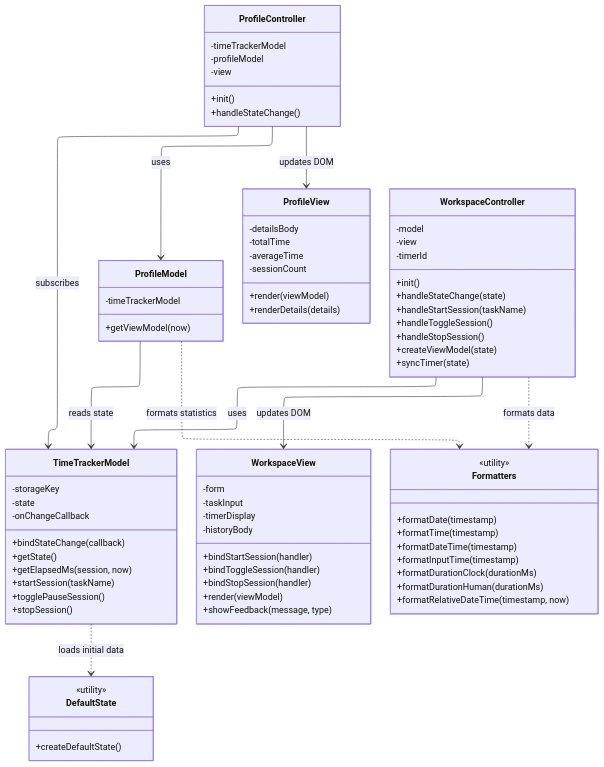
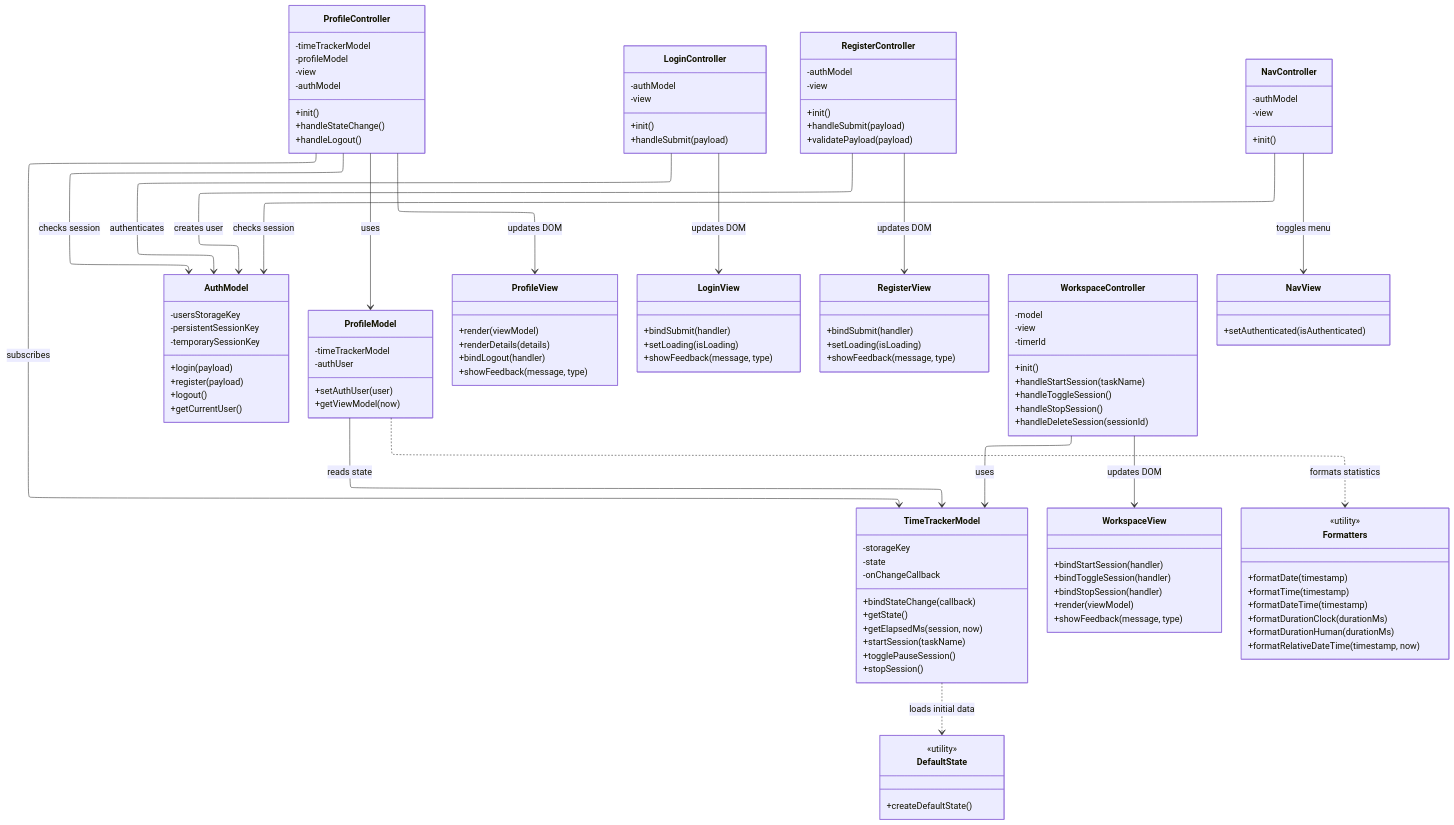
Before and after one commit to PR0TX/Web-design: the second of 2 diagrams in README.md, drawn with Mermaid. The commit also changed other lines of this file and 20 other files, not shown here.

Commit message:
Add client-side auth, login/register, nav

````diff
--- a/README.md
+++ b/README.md
@@ -88,8 +94,6 @@
 config:
   layout: elk
 ---
-
-
 classDiagram
     class TimeTrackerModel {
         -storageKey
@@ -103,16 +107,24 @@
         +stopSession()
     }
 
+    class AuthModel {
+        -usersStorageKey
+        -persistentSessionKey
+        -temporarySessionKey
+        +login(payload)
+        +register(payload)
+        +logout()
+        +getCurrentUser()
+    }
+
     class ProfileModel {
         -timeTrackerModel
+        -authUser
+        +setAuthUser(user)
         +getViewModel(now)
     }
 
     class WorkspaceView {
-        -form
-        -taskInput
-        -timerDisplay
-        -historyBody
         +bindStartSession(handler)
         +bindToggleSession(handler)
         +bindStopSession(handler)
@@ -121,12 +133,22 @@
     }
 
     class ProfileView {
-        -detailsBody
-        -totalTime
-        -averageTime
-        -sessionCount
         +render(viewModel)
         +renderDetails(details)
+        +bindLogout(handler)
+        +showFeedback(message, type)
+    }
+
+    class LoginView {
+        +bindSubmit(handler)
+        +setLoading(isLoading)
+        +showFeedback(message, type)
+    }
+
+    class RegisterView {
+        +bindSubmit(handler)
+        +setLoading(isLoading)
+        +showFeedback(message, type)
     }
 
     class WorkspaceController {
@@ -134,20 +156,45 @@
         -view
         -timerId
         +init()
-        +handleStateChange(state)
         +handleStartSession(taskName)
         +handleToggleSession()
         +handleStopSession()
-        +createViewModel(state)
-        +syncTimer(state)
+        +handleDeleteSession(sessionId)
     }
 
     class ProfileController {
         -timeTrackerModel
         -profileModel
         -view
+        -authModel
         +init()
         +handleStateChange()
+        +handleLogout()
+    }
+
+    class LoginController {
+        -authModel
+        -view
+        +init()
+        +handleSubmit(payload)
+    }
+
+    class RegisterController {
+        -authModel
+        -view
+        +init()
+        +handleSubmit(payload)
+        +validatePayload(payload)
+    }
+
+    class NavController {
+        -authModel
+        -view
+        +init()
+    }
+
+    class NavView {
+        +setAuthenticated(isAuthenticated)
     }
 
     class Formatters {
@@ -155,7 +202,6 @@
         +formatDate(timestamp)
         +formatTime(timestamp)
         +formatDateTime(timestamp)
-        +formatInputTime(timestamp)
         +formatDurationClock(durationMs)
         +formatDurationHuman(durationMs)
         +formatRelativeDateTime(timestamp, now)
@@ -168,11 +214,17 @@
 
     WorkspaceController --> TimeTrackerModel : uses
     WorkspaceController --> WorkspaceView : updates DOM
-    WorkspaceController ..> Formatters : formats data
     ProfileController --> TimeTrackerModel : subscribes
     ProfileController --> ProfileModel : uses
     ProfileController --> ProfileView : updates DOM
+    ProfileController --> AuthModel : checks session
     ProfileModel --> TimeTrackerModel : reads state
+    LoginController --> AuthModel : authenticates
+    LoginController --> LoginView : updates DOM
+    RegisterController --> AuthModel : creates user
+    RegisterController --> RegisterView : updates DOM
+    NavController --> AuthModel : checks session
+    NavController --> NavView : toggles menu
+    TimeTrackerModel ..> DefaultState : loads initial data
     ProfileModel ..> Formatters : formats statistics
-    TimeTrackerModel ..> DefaultState : loads initial data
 ```
````
